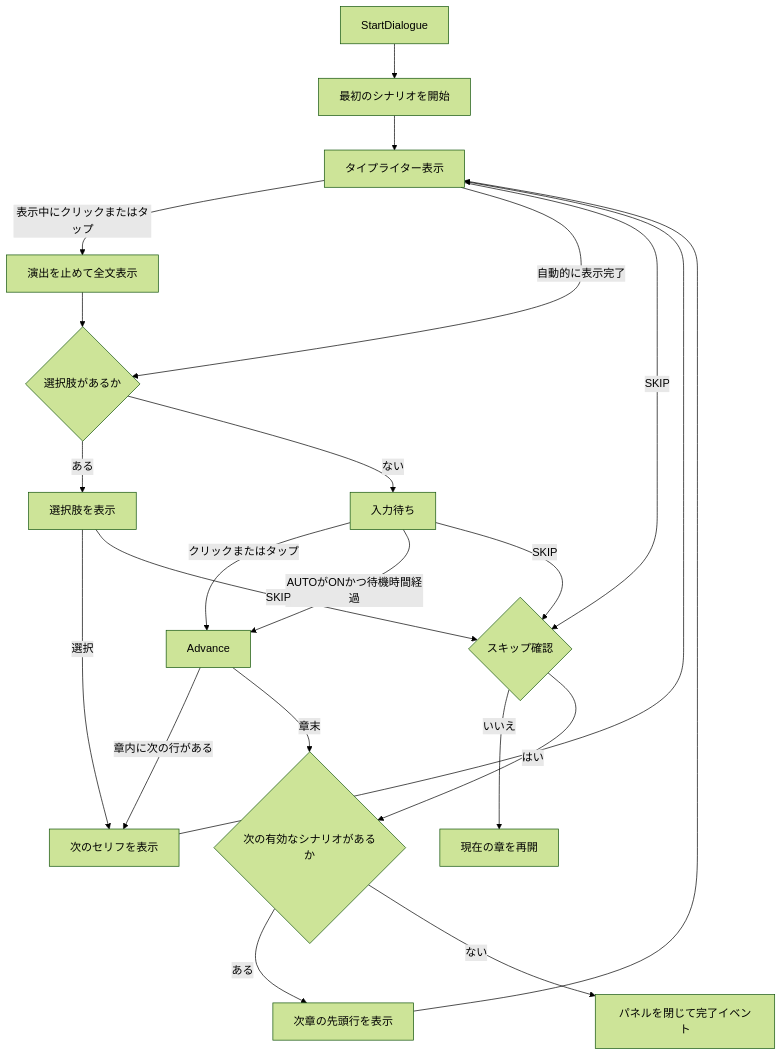
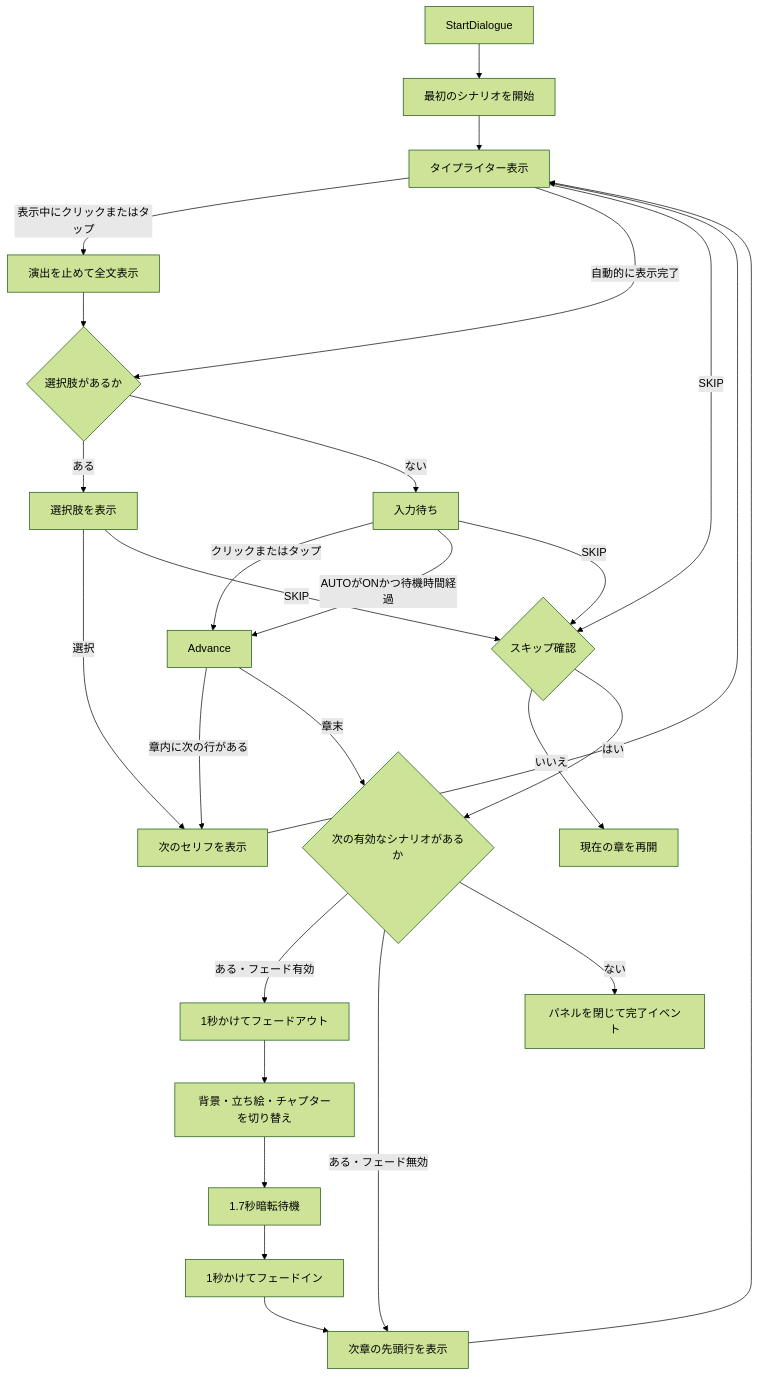
Before and after one commit to takugen31/SousakuTeam8: the second of 2 diagrams in Docs/DialogueSystem.md, drawn with Mermaid (forest theme). The commit also changed other lines of this file and 50 other files, not shown here.

````diff
--- a/Docs/DialogueSystem.md
+++ b/Docs/DialogueSystem.md
@@ -319,24 +364,29 @@
 ```mermaid
 flowchart TD
     Start[StartDialogue] --> Prologue[最初のシナリオを開始]
     Prologue --> Typing[タイプライター表示]
     Typing -->|表示中にクリックまたはタップ| Complete[演出を止めて全文表示]
     Typing -->|自動的に表示完了| Branch{選択肢があるか}
     Complete --> Branch
     Branch -->|ある| Choices[選択肢を表示]
     Branch -->|ない| Ready[入力待ち]
     Choices -->|選択| NextLine
     Ready -->|クリックまたはタップ| Advance[Advance]
     Ready -->|AUTOがONかつ待機時間経過| Advance
     Advance -->|章内に次の行がある| NextLine[次のセリフを表示]
     Advance -->|章末| NextScenario{次の有効なシナリオがあるか}
     Typing -->|SKIP| Confirm{スキップ確認}
     Ready -->|SKIP| Confirm
     Choices -->|SKIP| Confirm
     Confirm -->|いいえ| Resume[現在の章を再開]
     Confirm -->|はい| NextScenario
-    NextScenario -->|ある| FirstLine[次章の先頭行を表示]
+    NextScenario -->|ある・フェード有効| FadeOut[1秒かけてフェードアウト]
+    FadeOut --> SwitchChapter[背景・立ち絵・チャプターを切り替え]
+    SwitchChapter --> FadeHold[1.7秒暗転待機]
+    FadeHold --> FadeIn[1秒かけてフェードイン]
+    FadeIn --> FirstLine[次章の先頭行を表示]
+    NextScenario -->|ある・フェード無効| FirstLine
     NextScenario -->|ない| End[パネルを閉じて完了イベント]
     NextLine --> Typing
     FirstLine --> Typing
 ```
````
